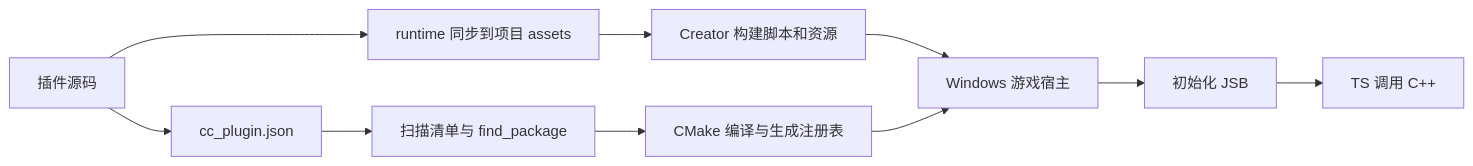
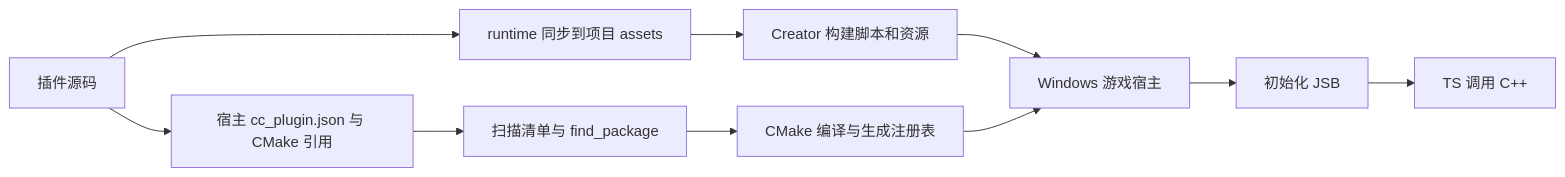
Before and after one commit to VanityNie/cocos-plugin-dev: the diagram in ARCHITECTURE.md, drawn with Mermaid. The commit also changed other lines of this file and 18 other files, not shown here.

````diff
--- a/ARCHITECTURE.md
+++ b/ARCHITECTURE.md
@@ -7,12 +30,12 @@
 ```mermaid
 flowchart LR
     A[插件源码] --> B[runtime 同步到项目 assets]
     B --> C[Creator 构建脚本和资源]
-    A --> D[cc_plugin.json]
+    A --> D[宿主 cc_plugin.json 与 CMake 引用]
     D --> E[扫描清单与 find_package]
     E --> F[CMake 编译与生成注册表]
     C --> G[Windows 游戏宿主]
     F --> G
     G --> H[初始化 JSB]
     H --> I[TS 调用 C++]
 ```
````
